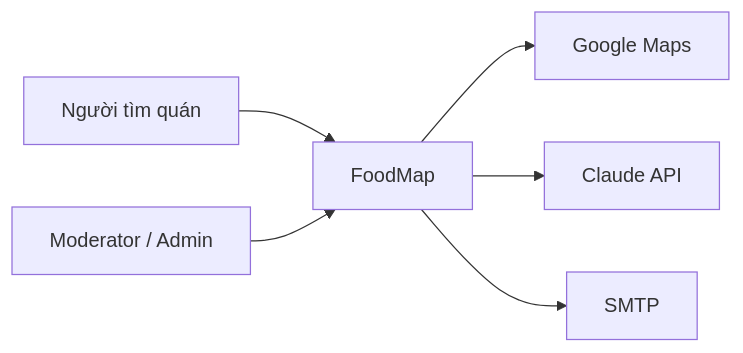
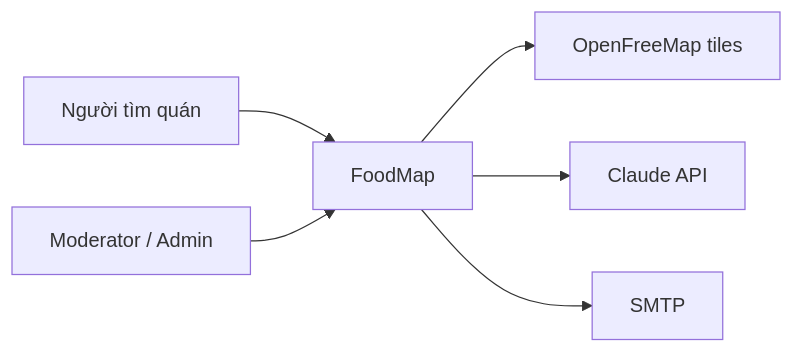
One commit to DXH-13/foodmap-docs changed the first of 2 diagrams in SDD/kien-truc/tong-quan.md. Above: the diagram before and after it, drawn with Mermaid. The commit also changed other lines of this file and 7 other files, not shown here.

````diff
--- a/SDD/kien-truc/tong-quan.md
+++ b/SDD/kien-truc/tong-quan.md
@@ -7,14 +7,14 @@
 ```mermaid
 flowchart LR
   diner[Người tìm quán]
   mod[Moderator / Admin]
   sys[FoodMap]
-  maps[Google Maps]
+  maps[OpenFreeMap tiles]
   claude[Claude API]
   mail[SMTP]
   diner --> sys
   mod --> sys
   sys --> maps
   sys --> claude
   sys --> mail
 ```
````
